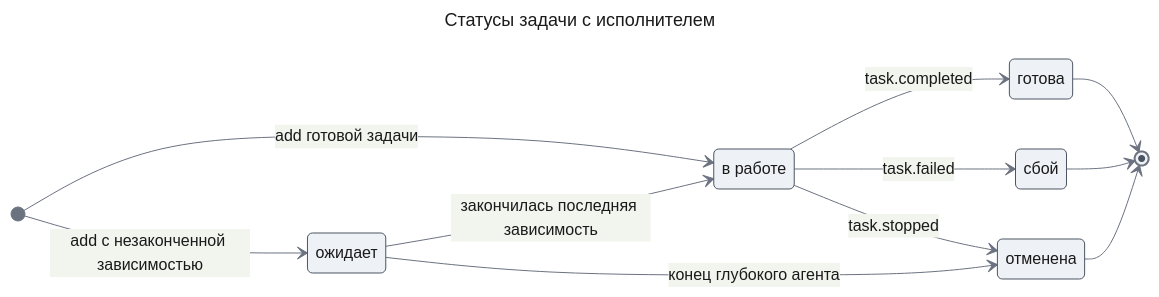
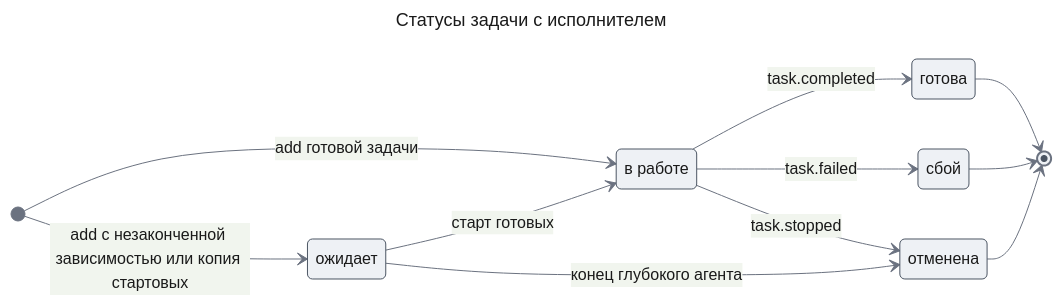
Before and after one commit to tundraray/agent-os: the fifth of 5 diagrams in docs/features/deep-agents/design-tasks.md, drawn with Mermaid. The commit also changed other lines of this file and 2 other files, not shown here.

````diff
--- a/docs/features/deep-agents/design-tasks.md
+++ b/docs/features/deep-agents/design-tasks.md
@@ -475,30 +488,30 @@
 ```mermaid
 ---
 title: "Статусы задачи с исполнителем"
 config:
   theme: base
   look: classic
   themeVariables:
     primaryColor: "#eef1f5"
     primaryBorderColor: "#4b5563"
     primaryTextColor: "#1a1a1a"
     lineColor: "#6b7280"
 ---
 stateDiagram-v2
     direction LR
     state "ожидает" as waiting
     state "в работе" as running
     state "готова" as done
     state "сбой" as failed
     state "отменена" as cancelled
-    [*] --> waiting : add с незаконченной зависимостью
+    [*] --> waiting : add с незаконченной зависимостью или копия стартовых
     [*] --> running : add готовой задачи
-    waiting --> running : закончилась последняя зависимость
+    waiting --> running : старт готовых
     running --> done : task.completed
     running --> failed : task.failed
     running --> cancelled : task.stopped
     waiting --> cancelled : конец глубокого агента
     done --> [*]
     failed --> [*]
     cancelled --> [*]
 ```
````
